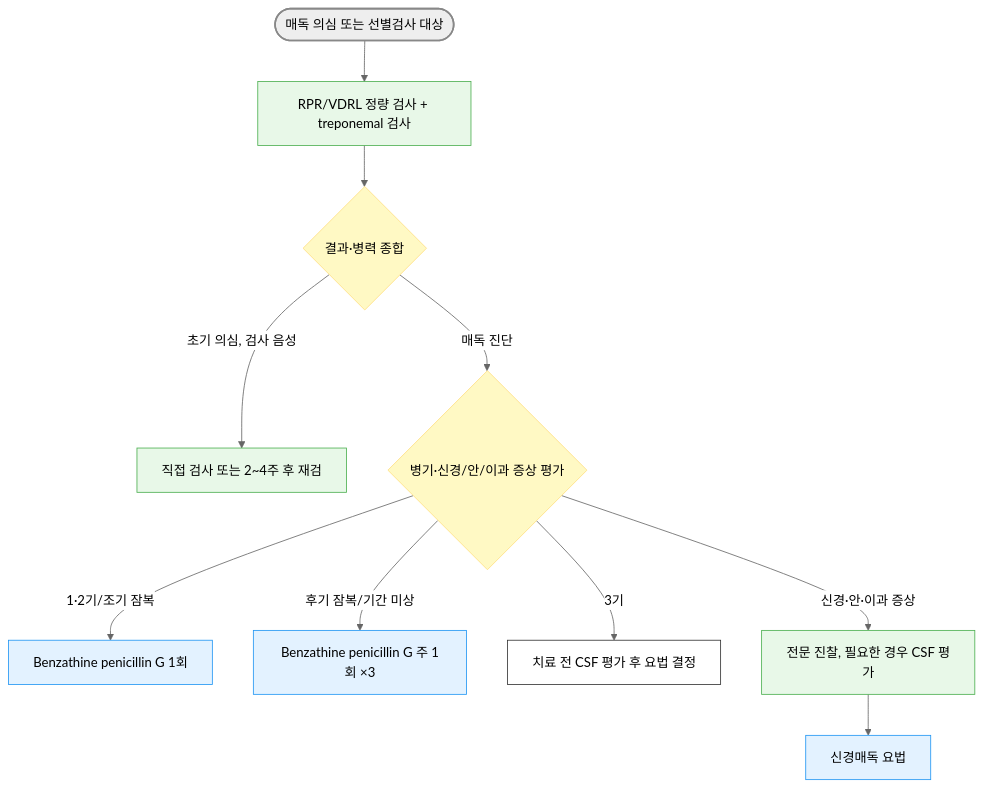
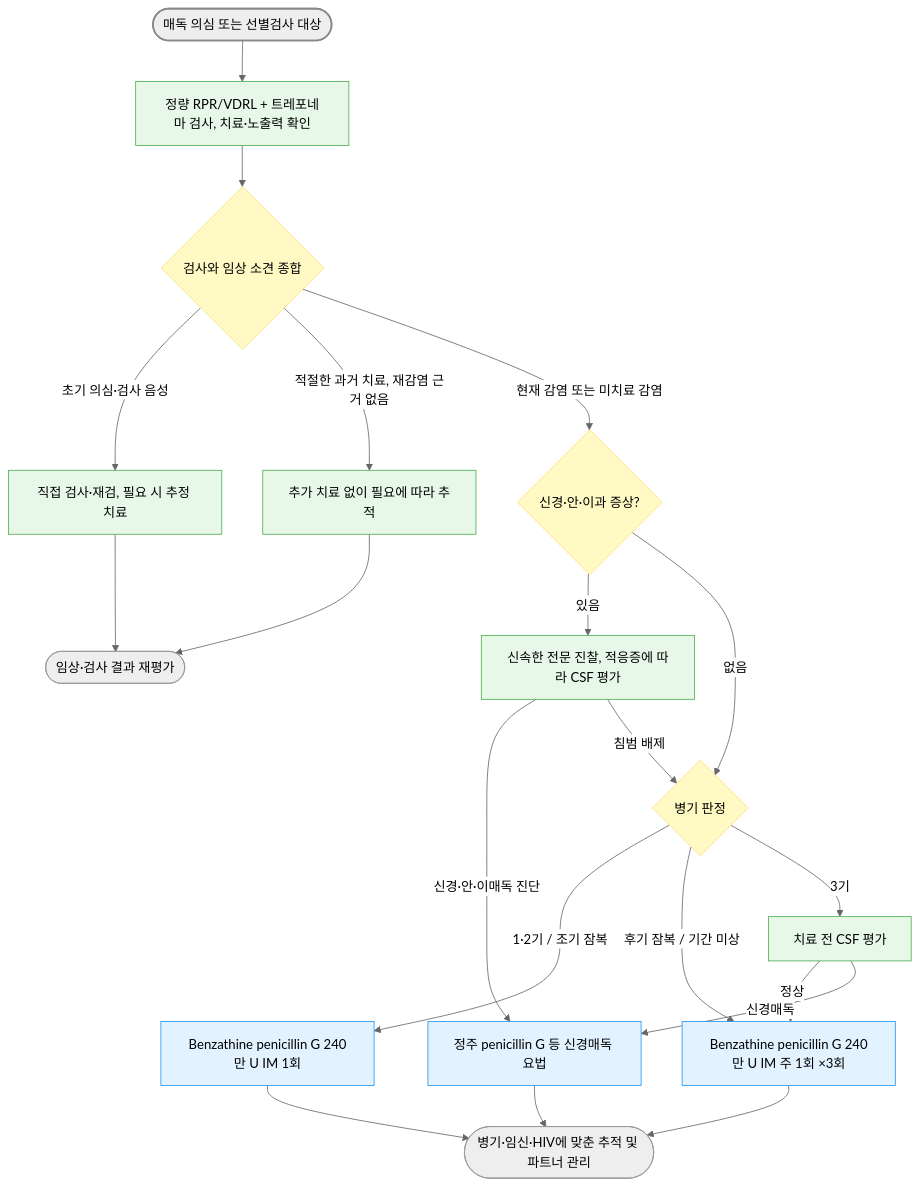
One commit to familyoh77/familyoh77 changed the diagram in 227_/115_-3.syphilis.md. Above: the diagram before and after it, drawn with Mermaid (neutral theme). The commit also changed other lines of this file and 7 other files, not shown here.

````diff
--- a/227_/115_-3.syphilis.md
+++ b/227_/115_-3.syphilis.md
@@ -156,22 +167,30 @@
 ```mermaid
 graph TD
-    A(["매독 의심 또는 선별검사 대상"]) --> B["RPR/VDRL 정량 검사 + treponemal 검사"]
-    B --> C{"결과·병력 종합"}
-    C -->|"초기 의심, 검사 음성"| D["직접 검사 또는 2~4주 후 재검"]
-    C -->|"매독 진단"| F{"병기·신경/안/이과 증상 평가"}
-    F -->|"1·2기/조기 잠복"| G["Benzathine penicillin G 1회"]
-    F -->|"후기 잠복/기간 미상"| H["Benzathine penicillin G 주 1회 ×3"]
-    F -->|"3기"| T["치료 전 CSF 평가 후 요법 결정"]
-    F -->|"신경·안·이과 증상"| I["전문 진찰, 필요한 경우 CSF 평가"]
-    I --> J["신경매독 요법"]
+    A(["매독 의심 또는 선별검사 대상"]) --> B["정량 RPR/VDRL + 트레포네마 검사, 치료·노출력 확인"]
+    B --> C{"검사와 임상 소견 종합"}
+    C -->|"초기 의심·검사 음성"| D["직접 검사·재검, 필요 시 추정 치료"]
+    C -->|"적절한 과거 치료, 재감염 근거 없음"| E["추가 치료 없이 필요에 따라 추적"]
+    C -->|"현재 감염 또는 미치료 감염"| N{"신경·안·이과 증상?"}
+    N -->|"있음"| I["신속한 전문 진찰, 적응증에 따라 CSF 평가"]
+    I -->|"신경·안·이매독 진단"| J["정주 penicillin G 등 신경매독 요법"]
+    I -->|"침범 배제"| F{"병기 판정"}
+    N -->|"없음"| F
+    F -->|"1·2기 / 조기 잠복"| G["Benzathine penicillin G 240만 U IM 1회"]
+    F -->|"후기 잠복 / 기간 미상"| H["Benzathine penicillin G 240만 U IM 주 1회 ×3회"]
+    F -->|"3기"| T["치료 전 CSF 평가"]
+    T -->|"정상"| H
+    T -->|"신경매독"| J
+    G --> O(["병기·임신·HIV에 맞춘 추적 및 파트너 관리"])
+    H --> O
+    J --> O
+    D --> P(["임상·검사 결과 재평가"])
+    E --> P
 
 style A fill:#eeeeee,stroke:#888888,stroke-width:2px
 classDef yellow fill:#fff9c4,stroke:#ffe082
-class C,F yellow
-classDef white fill:#fff,stroke:#333
-class T white
+class C,N,F yellow
 classDef sky fill:#e3f2ff,stroke:#2196f3
 class G,H,J sky
 classDef lightGreen fill:#e8f8e8,stroke:#4caf50
-class B,D,I lightGreen
+class B,D,E,I,T lightGreen
 ```
````
